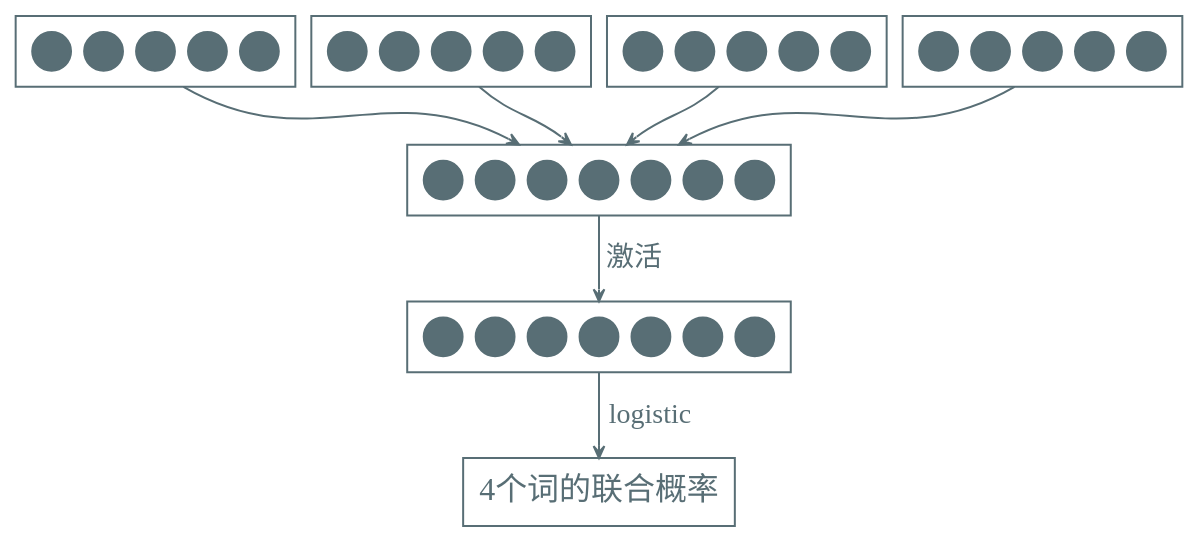
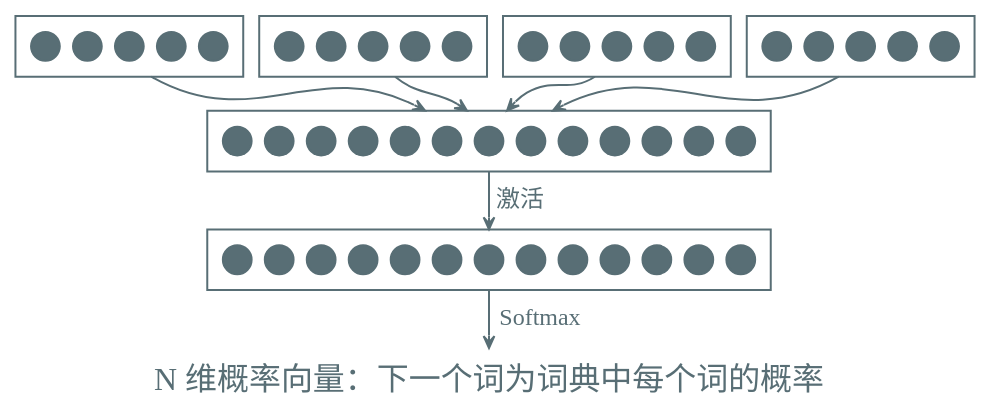
Before and after one commit to Avanti1980/course-gnn: the diagram in dot/nn4langmodel.dot, drawn with Graphviz. The commit also changed 12 other files, not shown here.

```diff
--- a/dot/nn4langmodel.dot
+++ b/dot/nn4langmodel.dot
@@ -1,52 +1,53 @@
 digraph g {
     compound=true;
-    graph [nodesep=0.1 ranksep=0.6]
+    graph [nodesep=0.1 ranksep=0.3]
     bgcolor=transparent
-    node [margin=0 shape=point height=0.27 color="#586e75" fontsize=20 label=""]
-    edge [color="#586e75" fontcolor="#586e75" fontsize=14 fontname="EBG,fzlz" arrowhead=vee arrowsize=0.6]
+    node [margin=0 shape=point height=0.2 color="#586e75" fontsize=10 label=""]
+    edge [color="#586e75" fontcolor="#586e75" fontsize=12 fontname="EBG,fzlz" arrowhead=vee arrowsize=0.6]
 
     subgraph clusterW1 {
         color="#586e75"
         rank=same {w11, w12, w13, w14, w15}
     }
 
     subgraph clusterW2 {
         color="#586e75"
         rank=same {w21, w22, w23, w24, w25}
     }
 
     subgraph clusterW3 {
         color="#586e75"
         rank=same {w31, w32, w33, w34, w35}
     }
 
     subgraph clusterW4 {
         color="#586e75"
         rank=same {w41, w42, w43, w44, w45}
     }
 
     subgraph clusterZ {
         color="#586e75"
-        rank=same {z1, z2, z3, z4, z5, z6, z7}
+        rank=same {z1, z2, z3, z4, z5, z6, z7, z8, z9, z10, z11, z12, z13}
     }
 
     subgraph clusterA {
         color="#586e75"
-        rank=same {a1, a2, a3, a4, a5, a6, a7}
+        rank=same {a1, a2, a3, a4, a5, a6, a7, a8, a9, a10, a11, a12, a13}
     }
 
-    w13 -> z3 [ltail=clusterW1, lhead=clusterZ]
-    w23 -> z4 [ltail=clusterW2, lhead=clusterZ]
-    w33 -> z4 [ltail=clusterW3, lhead=clusterZ]
-    w43 -> z5 [ltail=clusterW4, lhead=clusterZ]
+    w13 -> z6 [ltail=clusterW1, lhead=clusterZ]
+    w23 -> z7 [ltail=clusterW2, lhead=clusterZ]
+    w33 -> z7 [ltail=clusterW3, lhead=clusterZ]
+    w43 -> z8 [ltail=clusterW4, lhead=clusterZ]
 
-    z4 -> a4 [label=" 激活 ", ltail=clusterZ, lhead=clusterA]
+    z7 -> a7 [label=" 激活 ", ltail=clusterZ, lhead=clusterA]
 
     subgraph clusterP {
         node [margin=0 shape=plain fontname="EBG,fzlz" fontcolor="#586e75" fontsize=16]
         color="#586e75"
-        o [label="4个词的联合概率"]
+        style=invis
+        o [label="N 维概率向量：下一个词为词典中每个词的概率"]
     }
 
-    a4 -> o [label=" logistic", ltail=clusterA, lhead=clusterP]
+    a7 -> o [label=" Softmax", ltail=clusterA, lhead=clusterP]
 }
```
